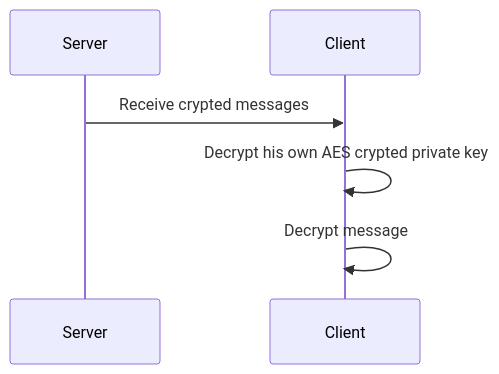
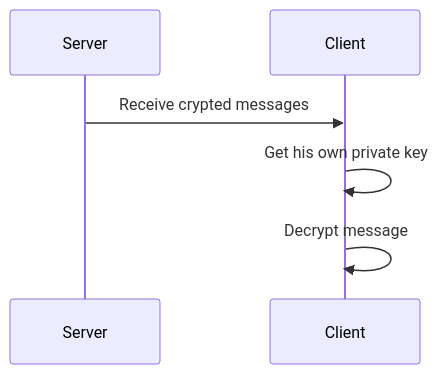
One commit to YR72dpi/SecuredWhisker changed the fourth of 5 diagrams in README.md. Above: the diagram before and after it, drawn with Mermaid. The commit also changed other lines of this file, not shown here.

````diff
--- a/README.md
+++ b/README.md
@@ -172,6 +175,6 @@
 ```mermaid
 sequenceDiagram
     Server->>Client: Receive crypted messages
-    Client->>Client: Decrypt his own AES crypted private key
+    Client->>Client: Get his own private key
     Client->>Client: Decrypt message 
 ```
````
